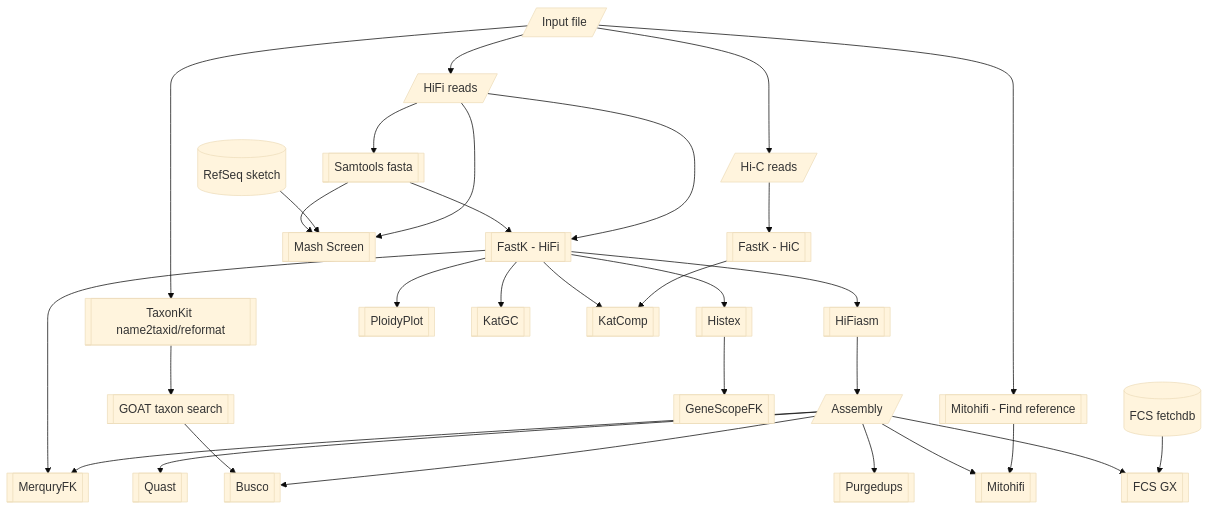
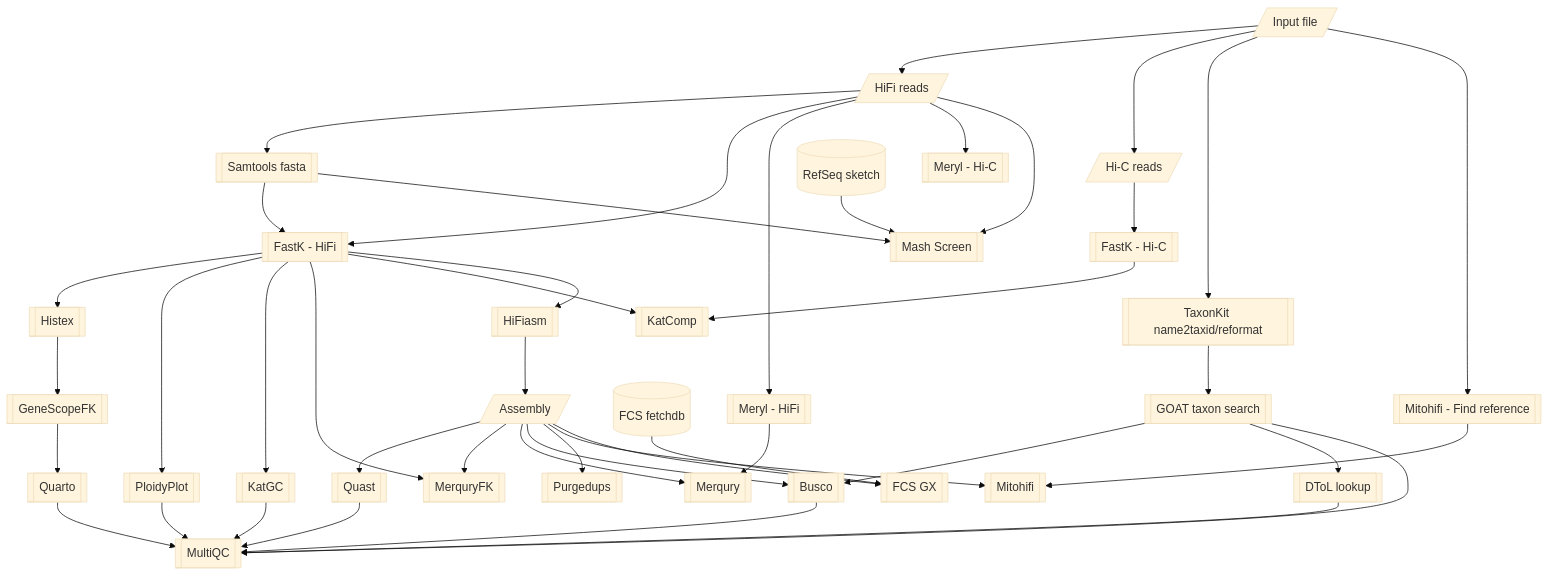
One commit to NBISweden/Earth-Biogenome-Project-pilot changed the second of 2 diagrams in README.md. Above: the diagram before and after it, drawn with Mermaid (base theme). The commit also changed other lines of this file, not shown here.

Commit message:
Update Mermaid diagram and assembly input

````diff
--- a/README.md
+++ b/README.md
@@ -23,33 +23,46 @@
 ```mermaid
 flowchart TD
     input[/ Input file/] --> hifi
     input --> hic
     input --> taxonkit[[ TaxonKit name2taxid/reformat ]]
     taxonkit --> goat_taxon[[ GOAT taxon search ]]
     goat_taxon --> busco
+    goat_taxon --> dtol[[ DToL lookup ]]
     hifi --> samtools_fa[[ Samtools fasta ]]
     samtools_fa --> fastk_hifi
     samtools_fa --> mash_screen
     hifi[/ HiFi reads /] --> fastk_hifi[[ FastK - HiFi ]]
-    hic[/ Hi-C reads /] --> fastk_hic[[ FastK - HiC ]]
+    hifi --> meryl_hifi[[ Meryl - HiFi ]]
+    hic[/ Hi-C reads /] --> fastk_hic[[ FastK - Hi-C ]]
+    hifi --> meryl_hic[[ Meryl - Hi-C ]]
     assembly[/ Assembly /] --> quast[[ Quast ]]
     fastk_hifi --> histex[[ Histex ]]
     histex --> genescopefk[[ GeneScopeFK ]]
     fastk_hifi --> ploidyplot[[ PloidyPlot ]]
     fastk_hifi --> katgc[[ KatGC ]]
     fastk_hifi --> merquryfk[[ MerquryFK ]]
     assembly --> merquryfk
+    meryl_hifi --> merqury[[ Merqury ]]
+    assembly --> merqury
     fastk_hifi --> katcomp[[ KatComp ]]
     fastk_hic --> katcomp
     assembly --> busco[[ Busco ]]
     refseq_sketch[( RefSeq sketch )] --> mash_screen[[ Mash Screen ]]
     hifi --> mash_screen
     fastk_hifi --> hifiasm[[ HiFiasm ]]
     hifiasm --> assembly
     assembly --> purgedups[[ Purgedups ]]
     input --> mitoref[[ Mitohifi - Find reference ]]
     assembly --> mitohifi[[ Mitohifi ]]
     assembly --> fcsgx[[ FCS GX ]]
     fcs_fetchdb[( FCS fetchdb )] --> fcsgx
     mitoref --> mitohifi
+    genescopefk --> quarto[[ Quarto ]]
+    goat_taxon --> multiqc[[ MultiQC ]]
+    quarto --> multiqc
+    dtol --> multiqc
+    katgc --> multiqc
+    ploidyplot --> multiqc
+    busco --> multiqc
+    quast --> multiqc
 ```
````
